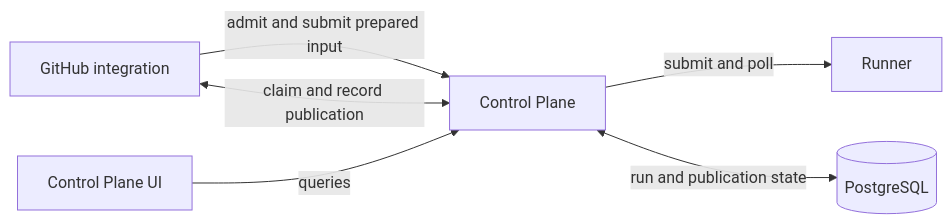
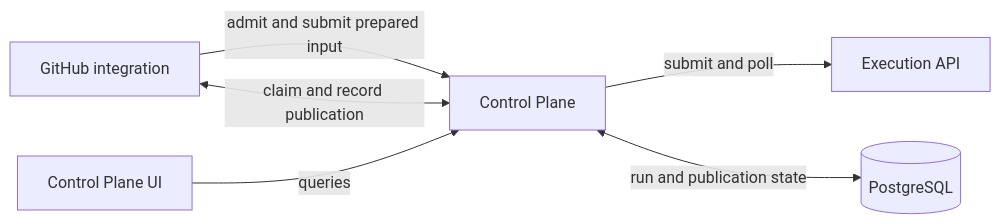
The first of 2 diagrams in control-plane/README.md (Agent-AI-Chalmers/sec-review-bot), drawn with Mermaid before and after one commit. The commit also changed other lines of this file and 432 other files, not shown here.

````diff
--- a/control-plane/README.md
+++ b/control-plane/README.md
@@ -9,8 +9,8 @@
 ```mermaid
 flowchart LR
   integration[GitHub integration] -->|admit and submit prepared input| control[Control Plane]
-  control -->|submit and poll| runner[Runner]
+  control -->|submit and poll| execution[Execution API]
   control <-->|run and publication state| postgres[(PostgreSQL)]
   integration <-->|claim and record publication| control
   ui[Control Plane UI] -->|queries| control
 ```
````
